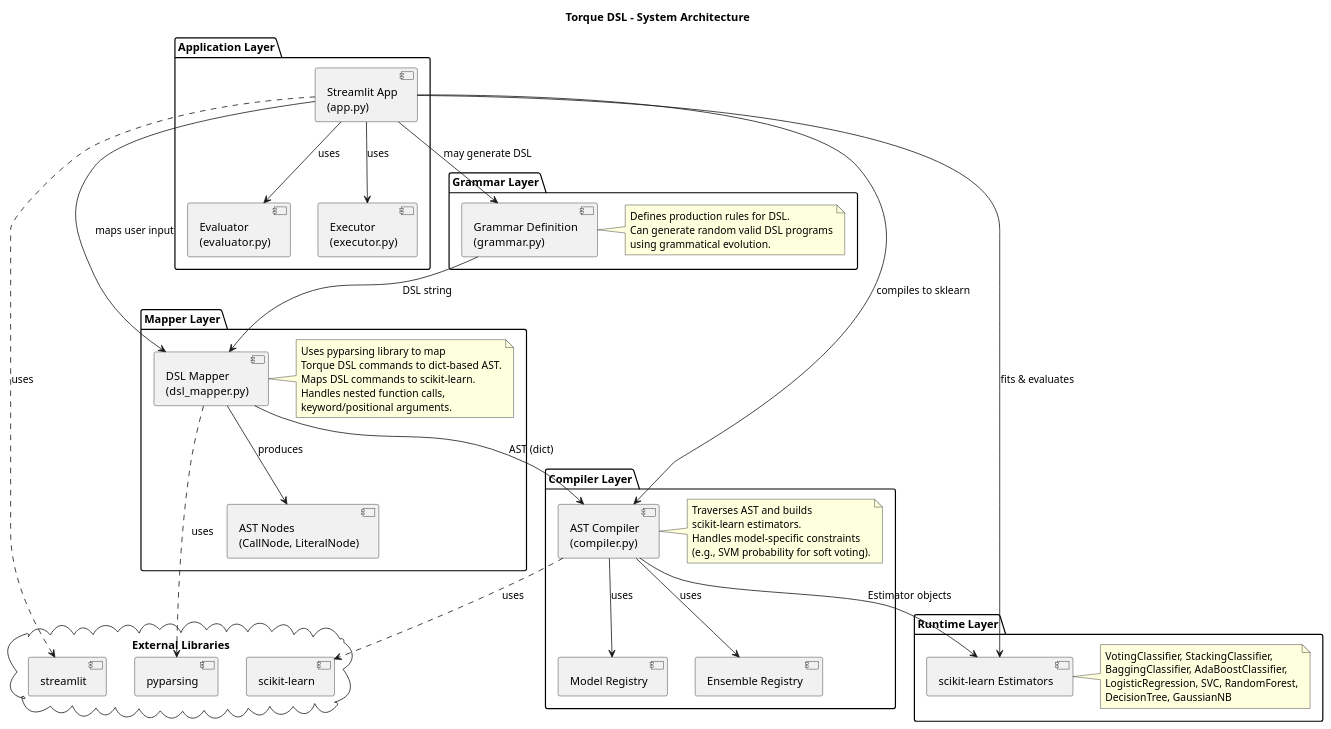
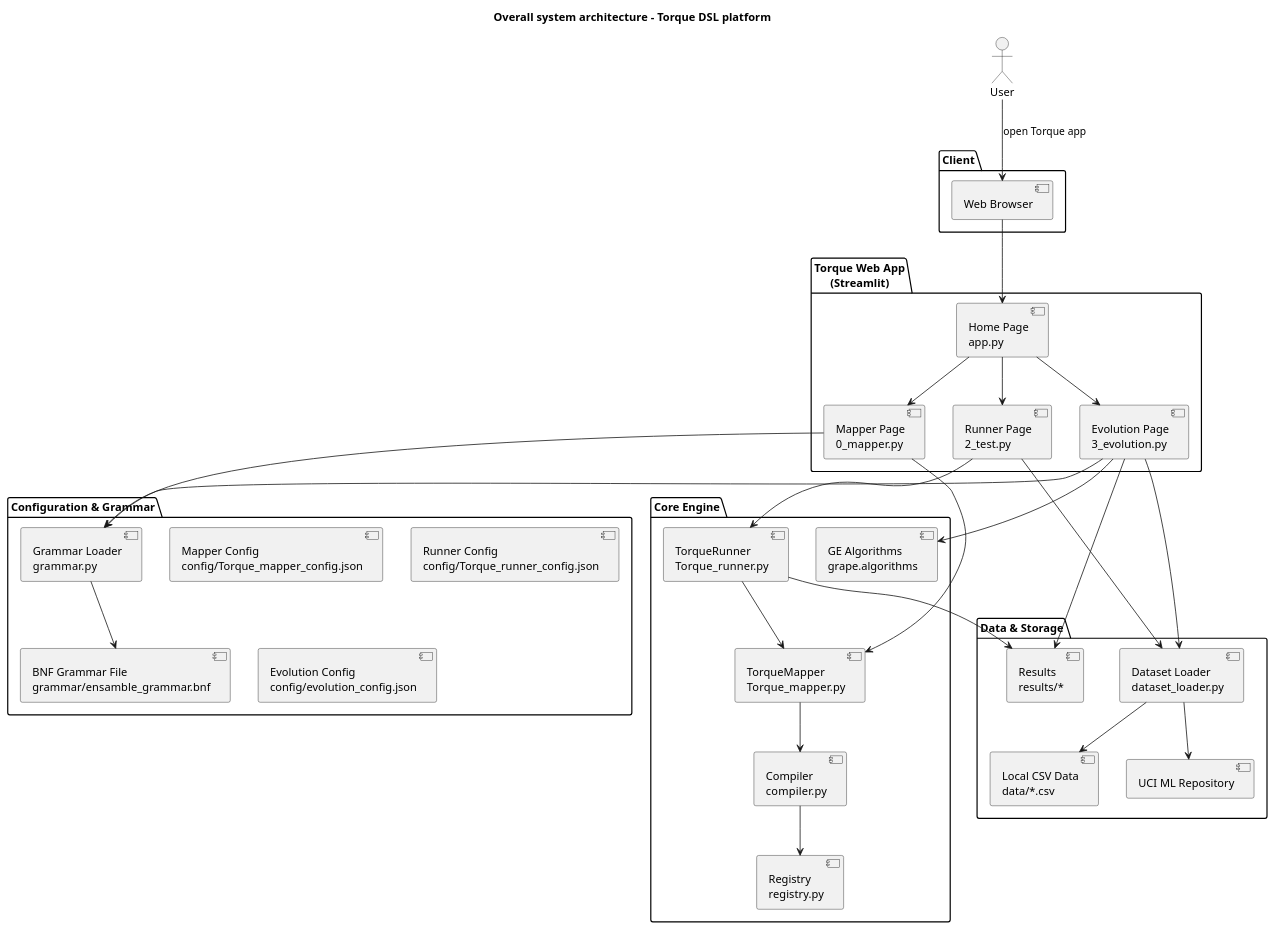
One commit to aghilhooshmand/Torque changed the diagram in Document/system_architecture.puml. Above: the diagram before and after it, drawn with PlantUML. The commit also changed other lines of this file and 82 other files, not shown here.

Commit message:
create som puml of different part of project, UML structure

```diff
--- a/Document/system_architecture.puml
+++ b/Document/system_architecture.puml
@@ -1,78 +1,67 @@
 @startuml
-title Torque DSL - System Architecture
+title Overall system architecture - Torque DSL platform
 
-package "Grammar Layer" {
-  [Grammar Definition\n(grammar.py)] as Grammar
-  note right of Grammar
-    Defines production rules for DSL.
-    Can generate random valid DSL programs
-    using grammatical evolution.
-  end note
+actor User
+
+package "Client" {
+  [Web Browser] as Browser
 }
 
-package "Mapper Layer" {
-  [DSL Mapper\n(dsl_mapper.py)] as Mapper
-  [AST Nodes\n(CallNode, LiteralNode)] as AST
-  Mapper --> AST : produces
-  note right of Mapper
-    Uses pyparsing library to map
-    Torque DSL commands to dict-based AST.
-    Maps DSL commands to scikit-learn.
-    Handles nested function calls,
-    keyword/positional arguments.
-  end note
+package "Torque Web App\n(Streamlit)" {
+  [Home Page\napp.py] as Home
+  [Mapper Page\n0_mapper.py] as MapperUI
+  [Runner Page\n2_test.py] as RunnerUI
+  [Evolution Page\n3_evolution.py] as EvoUI
 }
 
-package "Compiler Layer" {
-  [AST Compiler\n(compiler.py)] as Compiler
-  [Model Registry] as ModelReg
-  [Ensemble Registry] as EnsembleReg
-  Compiler --> ModelReg : uses
-  Compiler --> EnsembleReg : uses
-  note right of Compiler
-    Traverses AST and builds
-    scikit-learn estimators.
-    Handles model-specific constraints
-    (e.g., SVM probability for soft voting).
-  end note
+package "Core Engine" {
+  [TorqueMapper\nTorque_mapper.py] as TM
+  [TorqueRunner\nTorque_runner.py] as TR
+  [Compiler\ncompiler.py] as Compiler
+  [Registry\nregistry.py] as Registry
+  [GE Algorithms\ngrape.algorithms] as GE
 }
 
-package "Runtime Layer" {
-  [scikit-learn Estimators] as Sklearn
-  note right of Sklearn
-    VotingClassifier, StackingClassifier,
-    BaggingClassifier, AdaBoostClassifier,
-    LogisticRegression, SVC, RandomForest,
-    DecisionTree, GaussianNB
-  end note
+package "Configuration & Grammar" {
+  [Mapper Config\nconfig/Torque_mapper_config.json] as MapperConfig
+  [Runner Config\nconfig/Torque_runner_config.json] as RunnerConfig
+  [Evolution Config\nconfig/evolution_config.json] as EvoConfig
+  [BNF Grammar File\ngrammar/ensamble_grammar.bnf] as GrammarFile
+  [Grammar Loader\ngrammar.py] as GrammarLoader
 }
 
-package "Application Layer" {
-  [Streamlit App\n(app.py)] as App
-  [Evaluator\n(evaluator.py)] as Eval
-  [Executor\n(executor.py)] as Exec
-  App --> Eval : uses
-  App --> Exec : uses
+package "Data & Storage" {
+  [Dataset Loader\ndataset_loader.py] as Loader
+  [Local CSV Data\ndata/*.csv] as CSVData
+  [UCI ML Repository] as UCI
+  [Results\nresults/*] as Results
 }
 
-' Data flow
-Grammar --> Mapper : DSL string
-Mapper --> Compiler : AST (dict)
-Compiler --> Sklearn : Estimator objects
-App --> Grammar : may generate DSL
-App --> Mapper : maps user input
-App --> Compiler : compiles to sklearn
-App --> Sklearn : fits & evaluates
+User --> Browser : open Torque app
+Browser --> Home
 
-' External dependencies
-cloud "External Libraries" {
-  [pyparsing] as PyParsing
-  [scikit-learn] as SklearnLib
-  [streamlit] as Streamlit
-}
+Home --> MapperUI
+Home --> RunnerUI
+Home --> EvoUI
 
-Mapper ..> PyParsing : uses
-Compiler ..> SklearnLib : uses
-App ..> Streamlit : uses
+MapperUI --> TM
+RunnerUI --> TR
+EvoUI --> GE
+
+TR --> TM
+TM --> Compiler
+Compiler --> Registry
+
+MapperUI --> GrammarLoader
+EvoUI --> GrammarLoader
+GrammarLoader --> GrammarFile
+
+RunnerUI --> Loader
+EvoUI --> Loader
+Loader --> CSVData
+Loader --> UCI
+
+TR --> Results
+EvoUI --> Results
 
 @enduml
```
